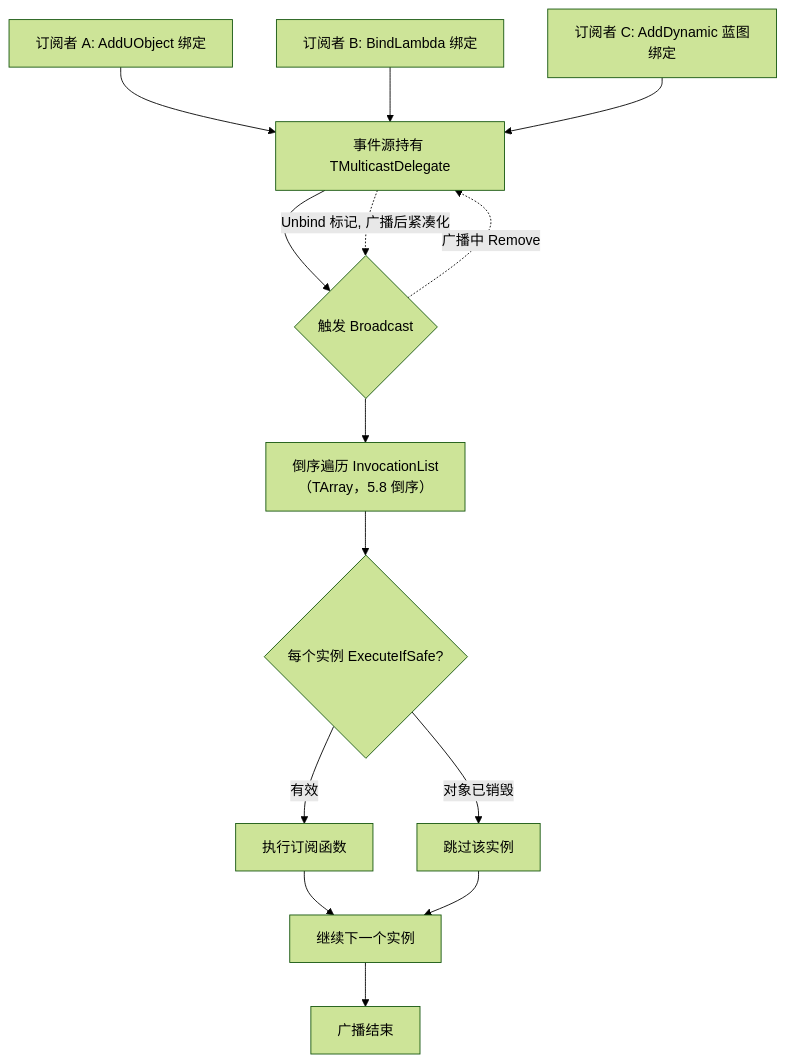
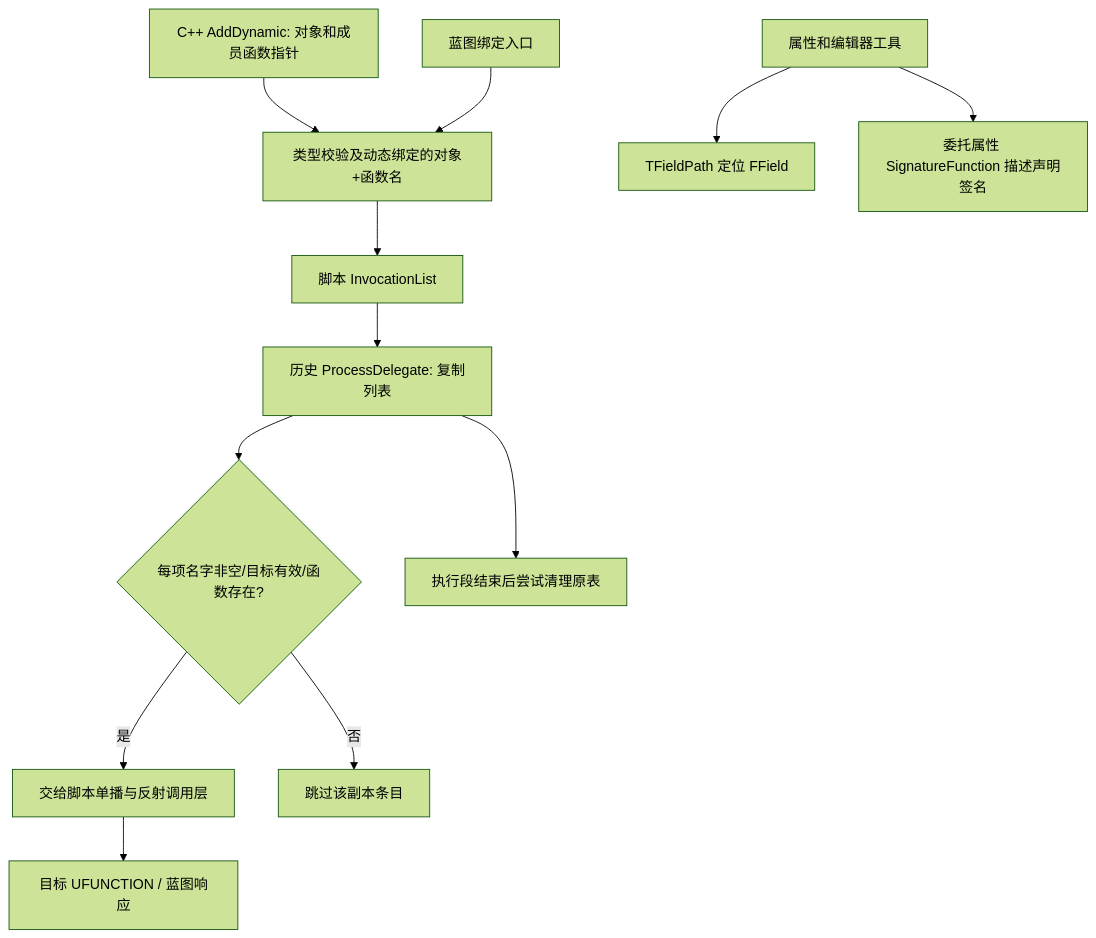
One commit to fantuan812/learning changed the third of 3 diagrams in 知识/03-引擎架构与资源系统/模块化框架与对象通信/06-委托与事件系统源码.md. Above: the diagram before and after it, drawn with Mermaid (forest theme). The commit also changed other lines of this file and 2 other files, not shown here.

````diff
--- a/知识/03-引擎架构与资源系统/模块化框架与对象通信/06-委托与事件系统源码.md
+++ b/知识/03-引擎架构与资源系统/模块化框架与对象通信/06-委托与事件系统源码.md
@@ -1428,18 +1646,14 @@
 ```mermaid
 flowchart TD
-    A[订阅者 A: AddUObject 绑定] --> S[事件源持有 TMulticastDelegate]
-    B[订阅者 B: BindLambda 绑定] --> S
-    C[订阅者 C: AddDynamic 蓝图绑定] --> S
-
-    S --> T{触发 Broadcast}
-    T --> L1[倒序遍历 InvocationList<br/>（TArray，5.8 倒序）]
-    L1 --> L2{每个实例 ExecuteIfSafe?}
-    L2 -->|对象已销毁| SKIP[跳过该实例]
-    L2 -->|有效| CALL[执行订阅函数]
-    CALL --> NEXT[继续下一个实例]
-    SKIP --> NEXT
-    NEXT --> DONE[广播结束]
-
-    T -.广播中 Remove.-> S
-    S -.Unbind 标记, 广播后紧凑化.-> T
+    C[C++ AddDynamic: 对象和成员函数指针] --> B[类型校验及动态绑定的对象+函数名]
+    BP[蓝图绑定入口] --> B
+    B --> L[脚本 InvocationList]
+    L --> S[历史 ProcessDelegate: 复制列表]
+    S --> V{每项名字非空/目标有效/函数存在?}
+    V -->|是| R[交给脚本单播与反射调用层]
+    R --> E[目标 UFUNCTION / 蓝图响应]
+    V -->|否| X[跳过该副本条目]
+    S --> M[执行段结束后尝试清理原表]
+    P[属性和编辑器工具] --> F[TFieldPath 定位 FField]
+    P --> D[委托属性 SignatureFunction 描述声明签名]
 ```
````
